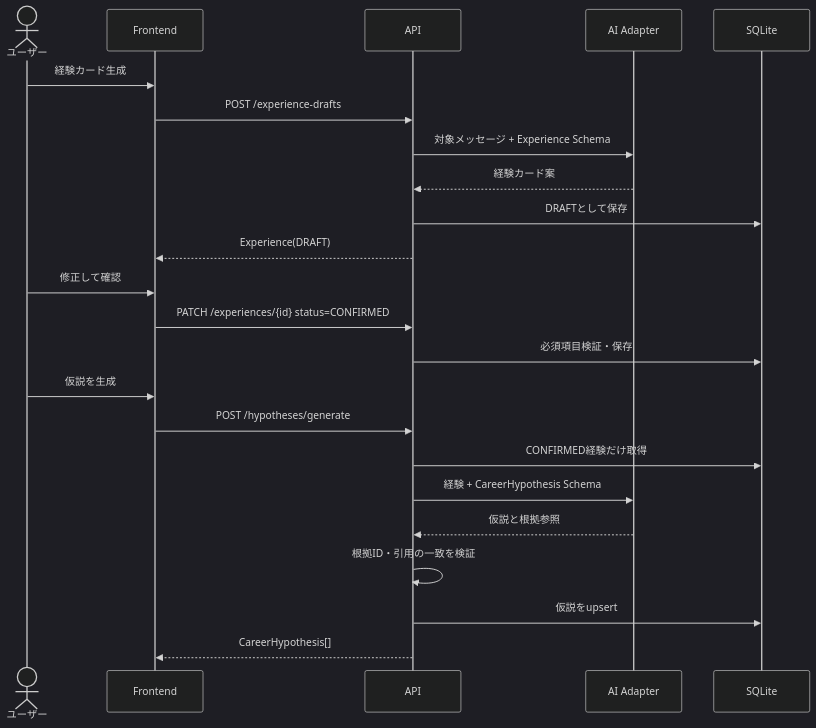
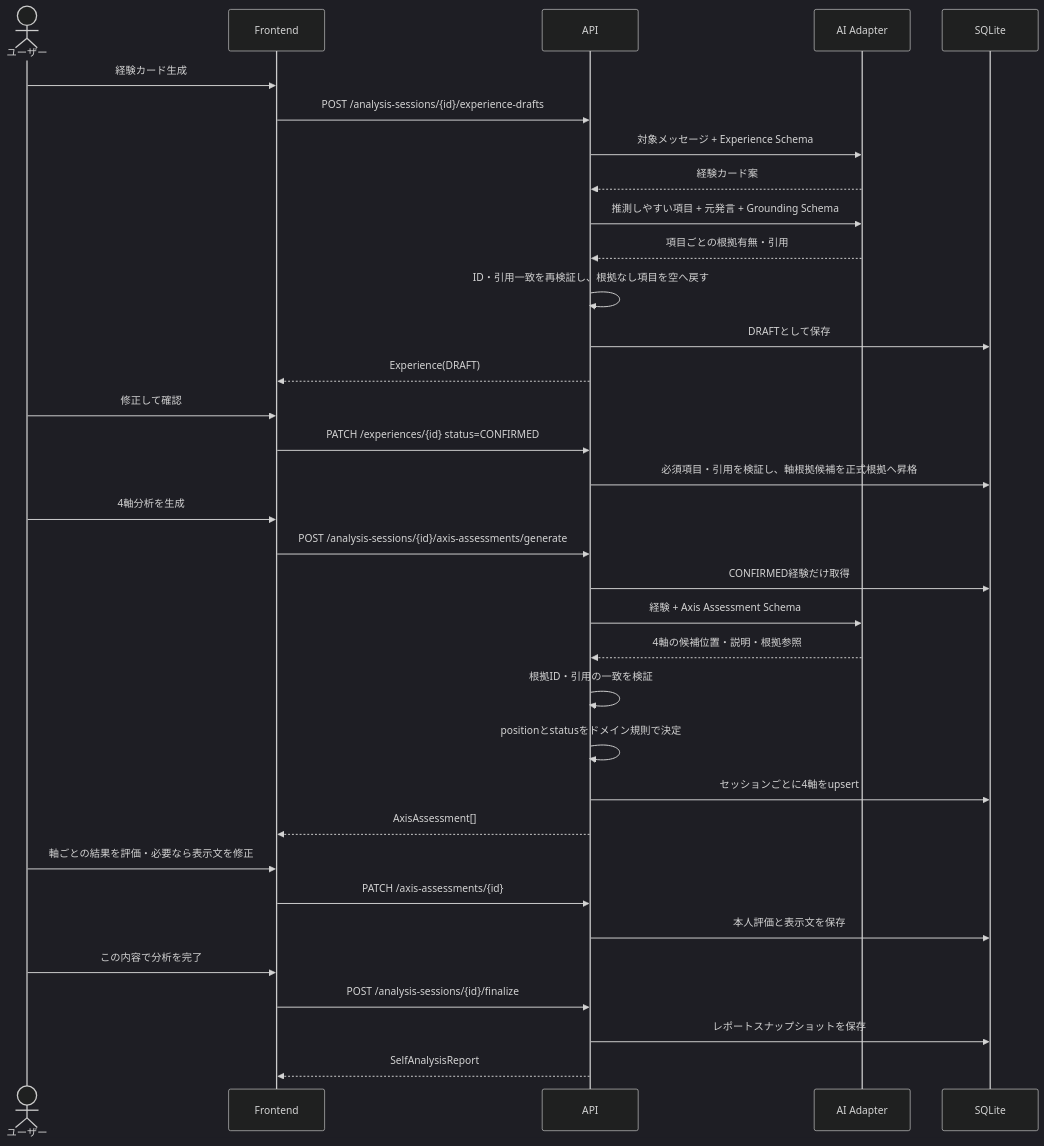
Before and after one commit to HACK-STAGE-STAGE2-teamG-YOZORA/Polaris: the third of 5 diagrams in docs/architecture.md, drawn with Mermaid (dark theme). The commit also changed other lines of this file and 22 other files, not shown here.

Commit message:
要件定義と設計Schema

````diff
--- a/docs/architecture.md
+++ b/docs/architecture.md
@@ -104,26 +119,37 @@
 ```mermaid
 sequenceDiagram
     actor User as ユーザー
     participant UI as Frontend
     participant API as API
     participant AI as AI Adapter
     participant DB as SQLite
 
     User->>UI: 経験カード生成
-    UI->>API: POST /experience-drafts
+    UI->>API: POST /analysis-sessions/{id}/experience-drafts
     API->>AI: 対象メッセージ + Experience Schema
     AI-->>API: 経験カード案
+    API->>AI: 推測しやすい項目 + 元発言 + Grounding Schema
+    AI-->>API: 項目ごとの根拠有無・引用
+    API->>API: ID・引用一致を再検証し、根拠なし項目を空へ戻す
     API->>DB: DRAFTとして保存
     API-->>UI: Experience(DRAFT)
     User->>UI: 修正して確認
     UI->>API: PATCH /experiences/{id} status=CONFIRMED
-    API->>DB: 必須項目検証・保存
-    User->>UI: 仮説を生成
-    UI->>API: POST /hypotheses/generate
+    API->>DB: 必須項目・引用を検証し、軸根拠候補を正式根拠へ昇格
+    User->>UI: 4軸分析を生成
+    UI->>API: POST /analysis-sessions/{id}/axis-assessments/generate
     API->>DB: CONFIRMED経験だけ取得
-    API->>AI: 経験 + CareerHypothesis Schema
-    AI-->>API: 仮説と根拠参照
+    API->>AI: 経験 + Axis Assessment Schema
+    AI-->>API: 4軸の候補位置・説明・根拠参照
     API->>API: 根拠ID・引用の一致を検証
-    API->>DB: 仮説をupsert
-    API-->>UI: CareerHypothesis[]
+    API->>API: positionとstatusをドメイン規則で決定
+    API->>DB: セッションごとに4軸をupsert
+    API-->>UI: AxisAssessment[]
+    User->>UI: 軸ごとの結果を評価・必要なら表示文を修正
+    UI->>API: PATCH /axis-assessments/{id}
+    API->>DB: 本人評価と表示文を保存
+    User->>UI: この内容で分析を完了
+    UI->>API: POST /analysis-sessions/{id}/finalize
+    API->>DB: レポートスナップショットを保存
+    API-->>UI: SelfAnalysisReport
 ```
````
